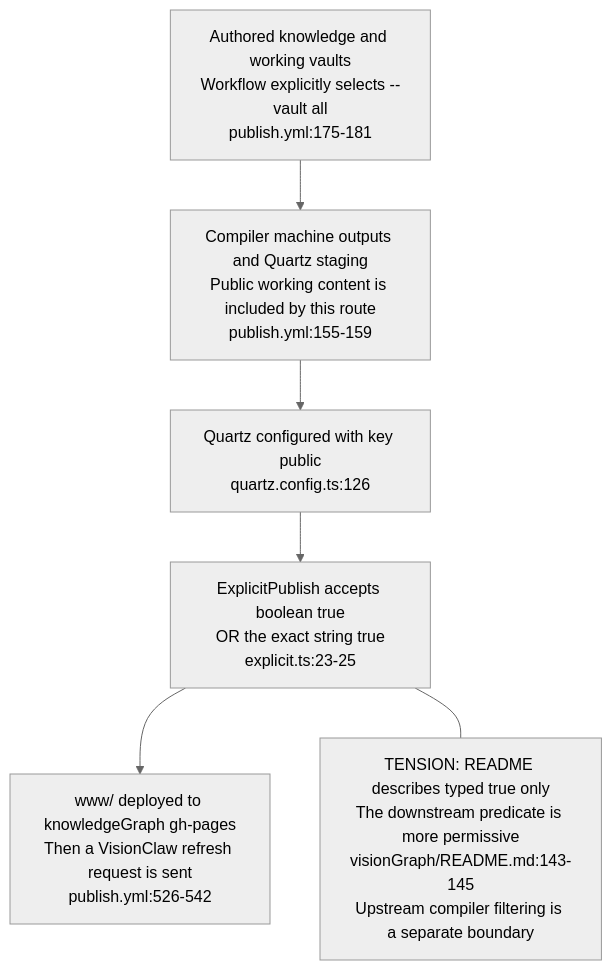
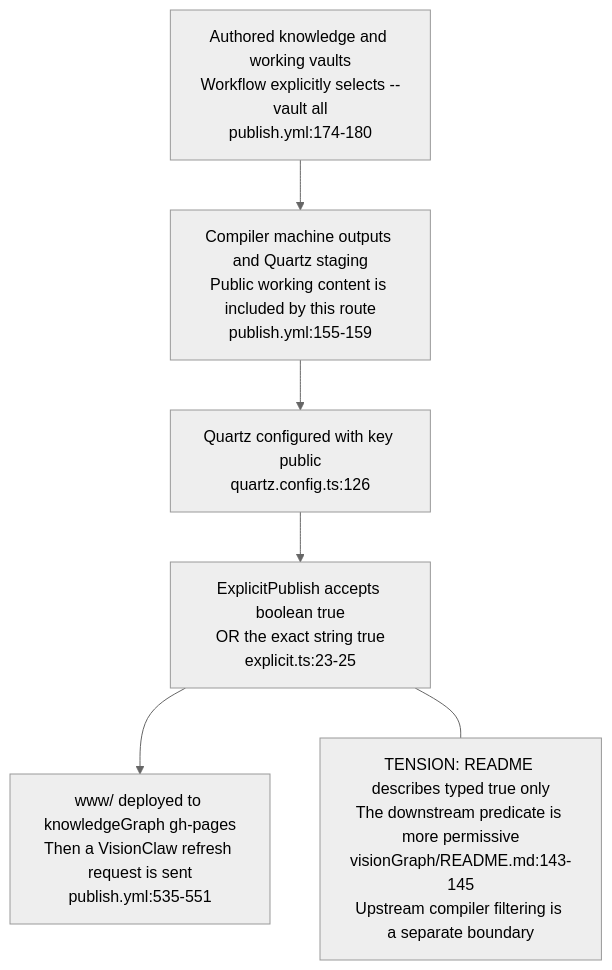
The second of 6 diagrams in docs/diagrams/visiongraph/01-vault-structure-and-contract.md (DreamLab-AI/VisionFlow), drawn with Mermaid (neutral theme) before and after one commit. The commit also changed other lines of this file and 49 other files, not shown here.

First line of the commit message:
docs(diagrams): re-derive and re-stamp VisionClaw, estate, knowledge-graph, visionGraph, VisionFlow and sidestr topics

````diff
--- a/docs/diagrams/visiongraph/01-vault-structure-and-contract.md
+++ b/docs/diagrams/visiongraph/01-vault-structure-and-contract.md
@@ -59,11 +59,11 @@
 ```mermaid
 flowchart TB
-    SRC["Authored knowledge and working vaults<br/>Workflow explicitly selects --vault all<br/>publish.yml:175-181"]
+    SRC["Authored knowledge and working vaults<br/>Workflow explicitly selects --vault all<br/>publish.yml:174-180"]
     STAGE["Compiler machine outputs and Quartz staging<br/>Public working content is included by this route<br/>publish.yml:155-159"]
     QUARTZ["Quartz configured with key public<br/>quartz.config.ts:126"]
     FILTER["ExplicitPublish accepts boolean true<br/>OR the exact string true<br/>explicit.ts:23-25"]
-    SITE["www/ deployed to knowledgeGraph gh-pages<br/>Then a VisionClaw refresh request is sent<br/>publish.yml:526-542"]
+    SITE["www/ deployed to knowledgeGraph gh-pages<br/>Then a VisionClaw refresh request is sent<br/>publish.yml:535-551"]
     SRC --> STAGE --> QUARTZ --> FILTER --> SITE
     LIMIT["TENSION: README describes typed true only<br/>The downstream predicate is more permissive<br/>visionGraph/README.md:143-145<br/>Upstream compiler filtering is a separate boundary"]
     FILTER --- LIMIT
 ```
````
